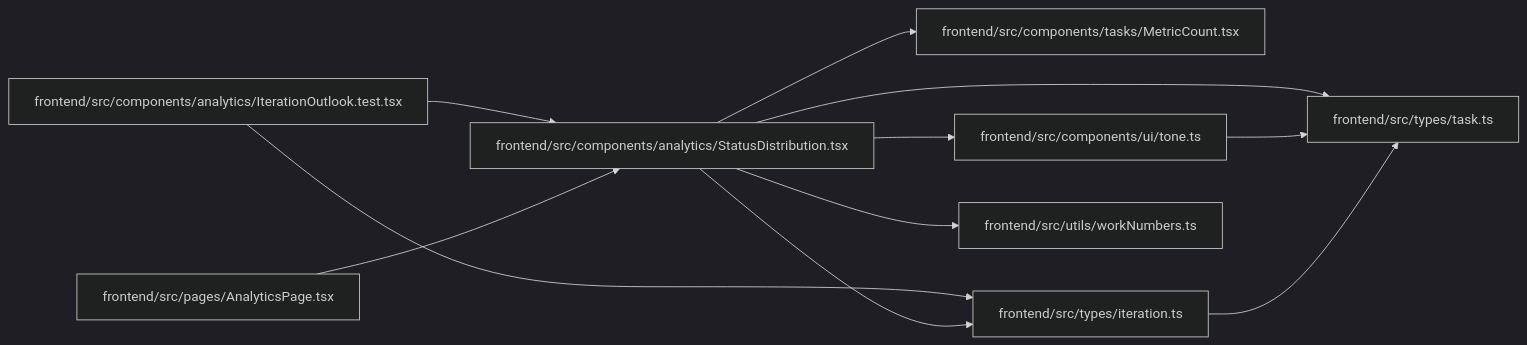
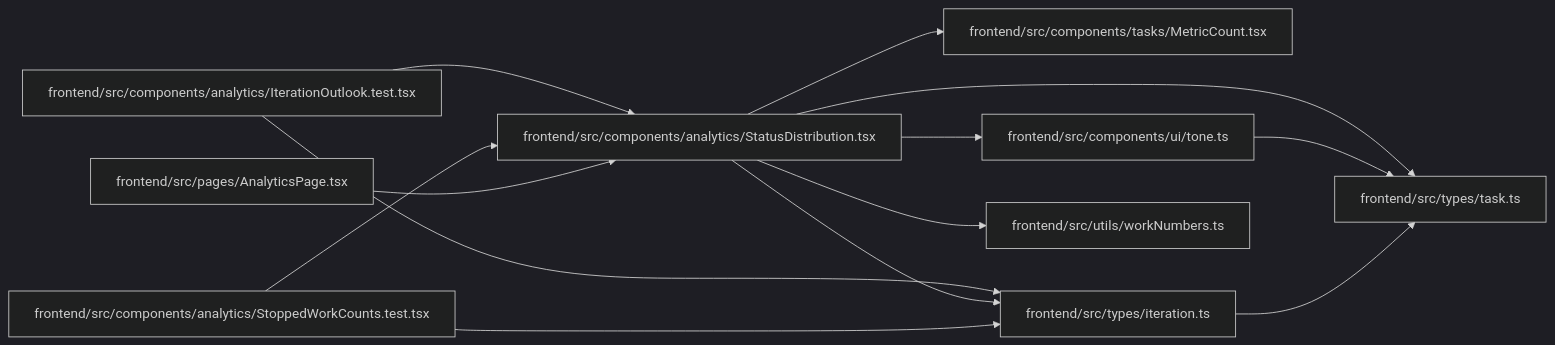
One commit to Denissvgn/WorkChord changed the diagram in docs/llm_wiki/modules/StatusDistribution.md. Above: the diagram before and after it, drawn with Mermaid (dark theme). The commit also changed other lines of this file and 674 other files, not shown here.

Commit message:
Sync the architectural wiki for showing stopped work

````diff
--- a/docs/llm_wiki/modules/StatusDistribution.md
+++ b/docs/llm_wiki/modules/StatusDistribution.md
@@ -32,29 +32,33 @@
 ```mermaid
 flowchart LR
     n0["frontend/src/components/analytics/IterationOutlook.test.tsx"]
     n1["frontend/src/components/analytics/StatusDistribution.tsx"]
-    n2["frontend/src/components/tasks/MetricCount.tsx"]
-    n3["frontend/src/components/ui/tone.ts"]
-    n4["frontend/src/pages/AnalyticsPage.tsx"]
-    n5["frontend/src/types/iteration.ts"]
-    n6["frontend/src/types/task.ts"]
-    n7["frontend/src/utils/workNumbers.ts"]
+    n2["frontend/src/components/analytics/StoppedWorkCounts.test.tsx"]
+    n3["frontend/src/components/tasks/MetricCount.tsx"]
+    n4["frontend/src/components/ui/tone.ts"]
+    n5["frontend/src/pages/AnalyticsPage.tsx"]
+    n6["frontend/src/types/iteration.ts"]
+    n7["frontend/src/types/task.ts"]
+    n8["frontend/src/utils/workNumbers.ts"]
     n0 --> n1
-    n0 --> n5
-    n1 --> n2
+    n0 --> n6
     n1 --> n3
-    n1 --> n5
+    n1 --> n4
     n1 --> n6
     n1 --> n7
-    n3 --> n6
-    n4 --> n1
-    n5 --> n6
+    n1 --> n8
+    n2 --> n1
+    n2 --> n6
+    n4 --> n7
+    n5 --> n1
+    n6 --> n7
     click n0 "../modules/IterationOutlook.test.md"
     click n1 "../modules/StatusDistribution.md"
-    click n2 "../modules/MetricCount.md"
-    click n3 "../modules/tone.md"
-    click n4 "../modules/AnalyticsPage.md"
-    click n5 "../modules/types_iteration.md"
-    click n6 "../modules/types_task.md"
-    click n7 "../modules/workNumbers.md"
+    click n2 "../modules/StoppedWorkCounts.test.md"
+    click n3 "../modules/MetricCount.md"
+    click n4 "../modules/tone.md"
+    click n5 "../modules/AnalyticsPage.md"
+    click n6 "../modules/types_iteration.md"
+    click n7 "../modules/types_task.md"
+    click n8 "../modules/workNumbers.md"
 ```
````
